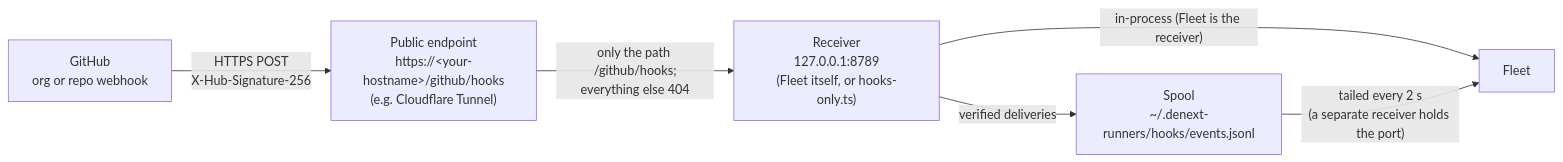
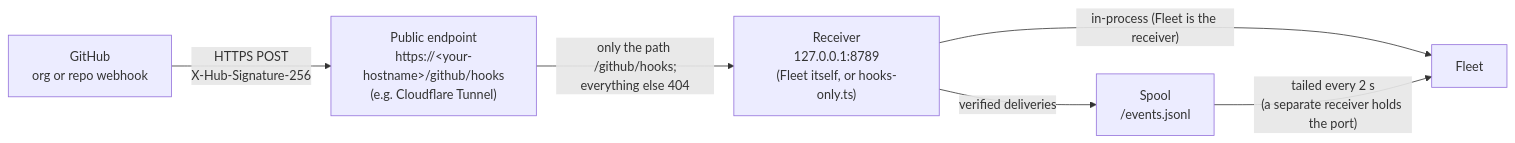
Before and after one commit to Brainwires/fleet: the diagram in docs/webhooks.md, drawn with Mermaid. The commit also changed other lines of this file and 2 other files, not shown here.

First line of the commit message:
docs: settings, the wizard, the internal build, the pool-health schema

````diff
--- a/docs/webhooks.md
+++ b/docs/webhooks.md
@@ -53,8 +53,8 @@
 ```mermaid
 flowchart LR
   GH["GitHub<br/>org or repo webhook"] -- "HTTPS POST<br/>X-Hub-Signature-256" --> EDGE["Public endpoint<br/>https://&lt;your-hostname&gt;/github/hooks<br/>(e.g. Cloudflare Tunnel)"]
   EDGE -- "only the path /github/hooks;<br/>everything else 404" --> RX["Receiver<br/>127.0.0.1:8789<br/>(Fleet itself, or hooks-only.ts)"]
-  RX -- "verified deliveries" --> SPOOL["Spool<br/>~/.denext-runners/hooks/events.jsonl"]
+  RX -- "verified deliveries" --> SPOOL["Spool<br/><spool>/events.jsonl"]
   RX -- "in-process (Fleet is the receiver)" --> FLEET["Fleet"]
   SPOOL -- "tailed every 2 s<br/>(a separate receiver holds the port)" --> FLEET
 ```
````
